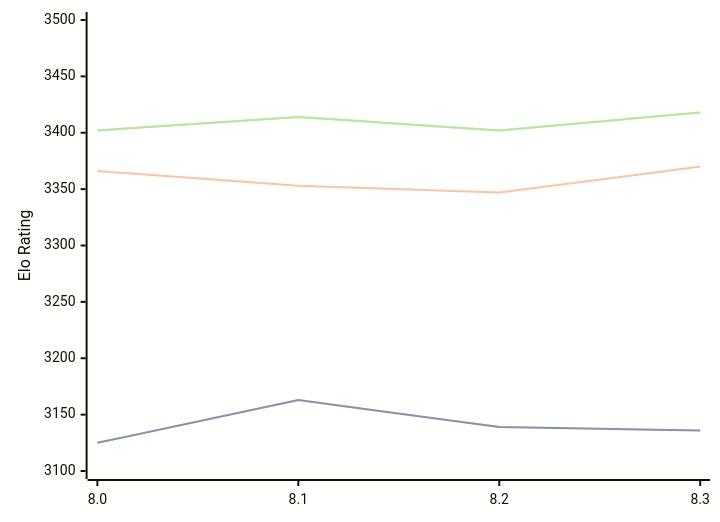
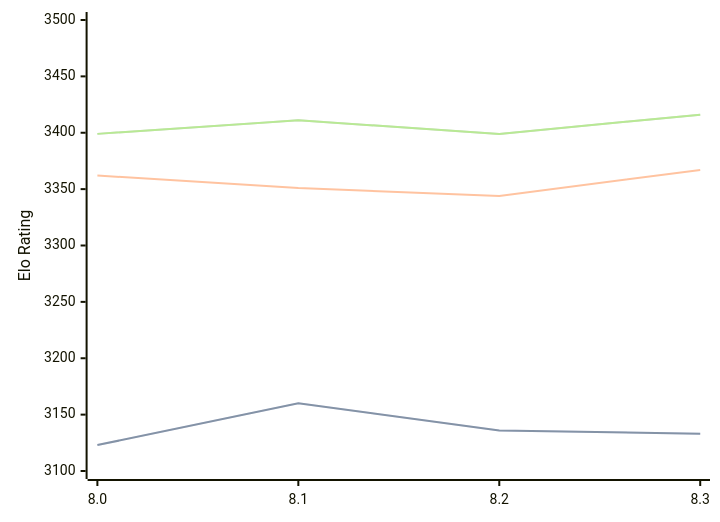
One commit to computer-chess-index/cci changed the diagram in engines/Alexander.md. Above: the diagram before and after it, drawn with Mermaid. The commit also changed other lines of this file, not shown here.

Commit message:
Update CCI Ratings (ELO VLTC) - 2026-06-08

````diff
--- a/engines/Alexander.md
+++ b/engines/Alexander.md
@@ -48,11 +48,11 @@
 ```mermaid
 %%{init: {"theme":"base","themeVariables":{"seriesColors:['#a3a3a3','#222221','#faa371']}}}%%
 xychart-beta
   x-axis ["8.0", "8.1", "8.2", "8.3"]
   y-axis "Elo Rating" 3100 --> 3500
-  line "STC (8.0+0.08s)" [3125, 3163, 3139, 3136]
-  line "STC (8.0+0.08s)" [3125, 3163, 3139, 3136]
-  line "LTC (60.0+0.60s)" [3366, 3353, 3347, 3370]
-  line "VLTC (2m24s+1.12s)" [3402, 3414, 3402, 3418]
-  line "VLTC (2m24s+1.12s)" [3402, 3414, 3402, 3418]
+  line "STC (8.0+0.08s)" [3123, 3160, 3136, 3133]
+  line "STC (8.0+0.08s)" [3123, 3160, 3136, 3133]
+  line "LTC (60.0+0.60s)" [3362, 3351, 3344, 3367]
+  line "VLTC (2m24s+1.12s)" [3399, 3411, 3399, 3416]
+  line "VLTC (2m24s+1.12s)" [3399, 3411, 3399, 3416]
 ```
````
